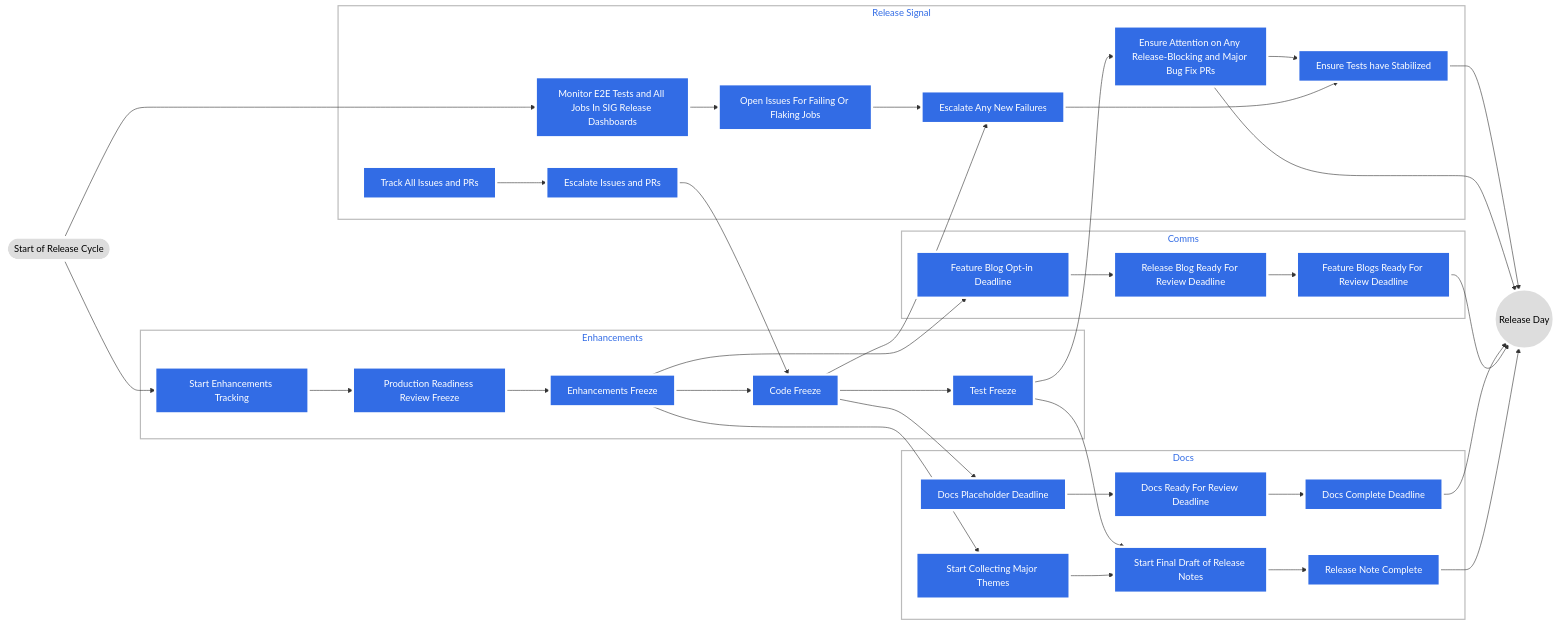
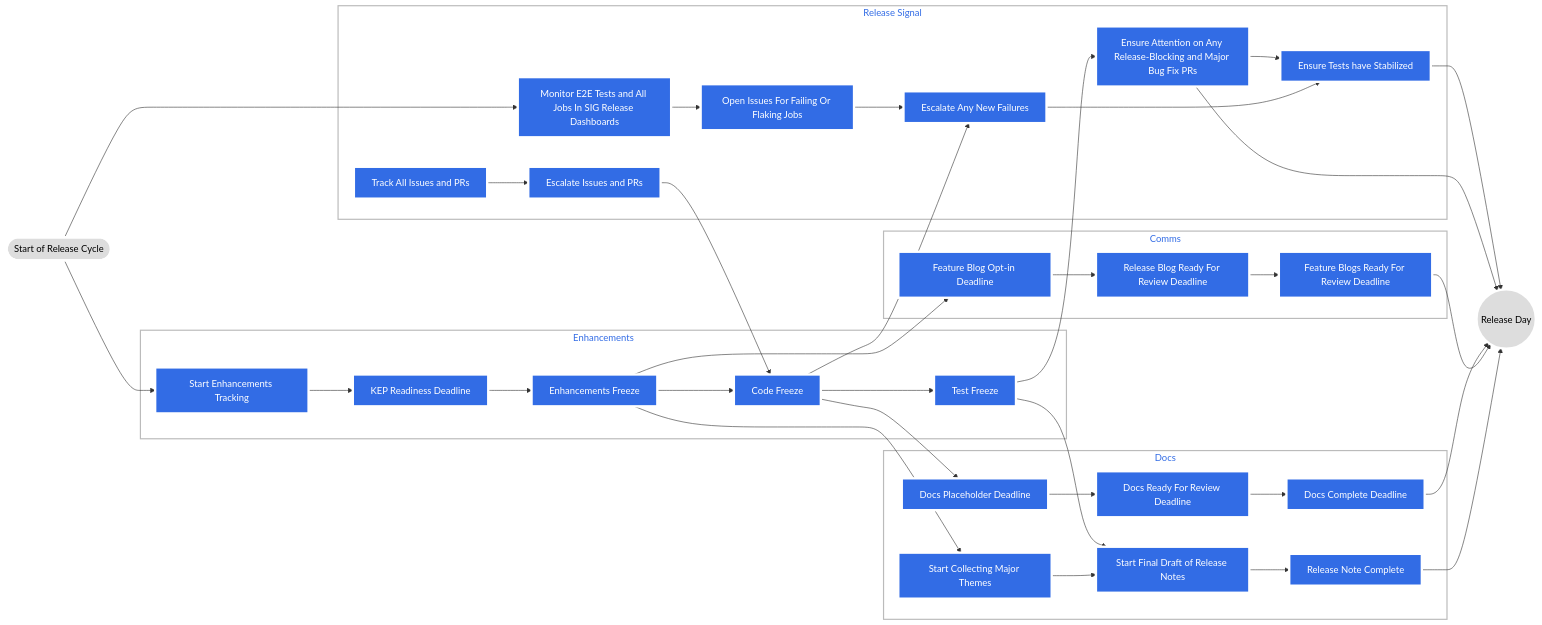
The first of 2 diagrams in release-team/README.md (kubernetes/sig-release), drawn with Mermaid before and after one commit. The commit also changed other lines of this file and 4 other files, not shown here.

Commit message:
rename prr freeze to kep readiness deadline

````diff
--- a/release-team/README.md
+++ b/release-team/README.md
@@ -178,58 +178,58 @@
 ```mermaid
 graph LR
     START([Start of Release Cycle])
     START --> SET
     START --> MONITOR
     EF --> FBOD
     EF --> CMT
     EIP --> CF
     CF --> DPD
     TF --> FDRN
 
     END((Release Day))
     TEST --> END
     EAARB --> END
     DCF --> END
     FBRD --> END
     RNC --> END
 
     subgraph Enhancements
-        SET[Start Enhancements Tracking] --> PRRF[Production Readiness Review Freeze]
-        PRRF --> EF[Enhancements Freeze]
+        SET[Start Enhancements Tracking] --> KRD[KEP Readiness Deadline]
+        KRD --> EF[Enhancements Freeze]
         EF --> CF[Code Freeze]
         CF --> TF[Test Freeze]
     end
 
     subgraph Docs
         DPD[Docs Placeholder Deadline] --> DRD[Docs Ready For Review Deadline]
         DRD --> DCF[Docs Complete Deadline]
         CMT[Start Collecting Major Themes] --> FDRN[Start Final Draft of Release Notes]
         FDRN --> RNC[Release Note Complete]
     end
 
     subgraph Comms
         FBOD[Feature Blog Opt-in Deadline] --> RBRD[Release Blog Ready For Review Deadline]
         RBRD --> FBRD[Feature Blogs Ready For Review Deadline]
     end
 
     subgraph Release Signal
         TA[Track All Issues and PRs] --> EIP[Escalate Issues and PRs]
         MONITOR[Monitor E2E Tests and All Jobs In SIG Release Dashboards]
         MONITOR --> OPEN[Open Issues For Failing Or Flaking Jobs]
         CF --> ESCALATE[Escalate Any New Failures]
         TF --> EAARB[Ensure Attention on Any Release-Blocking and Major Bug Fix PRs]
         OPEN --> ESCALATE
         EAARB --> TEST[Ensure Tests have Stabilized]
         ESCALATE --> TEST
     end
 
     classDef cluster fill:#fff,stroke:#bbb,stroke-width:2px,color:#326ce5;
     classDef plain fill:#ddd,stroke:#fff,stroke-width:4px,color:#000;
     classDef k8s fill:#326ce5,stroke:#fff,stroke-width:4px,color:#fff;
     class START,END plain;
-    class SET,PRRF,EF k8s;
+    class SET,KRD,EF k8s;
     class DPD,DRD,DCF k8s;
     class FBOD,RBRD,FBRD k8s;
     class CMT,FDRN,RNC k8s;
     class MONITOR,OPEN,CF,ESCALATE,EAARB,TEST,TA,EIP,TF k8s;
 ```
````
